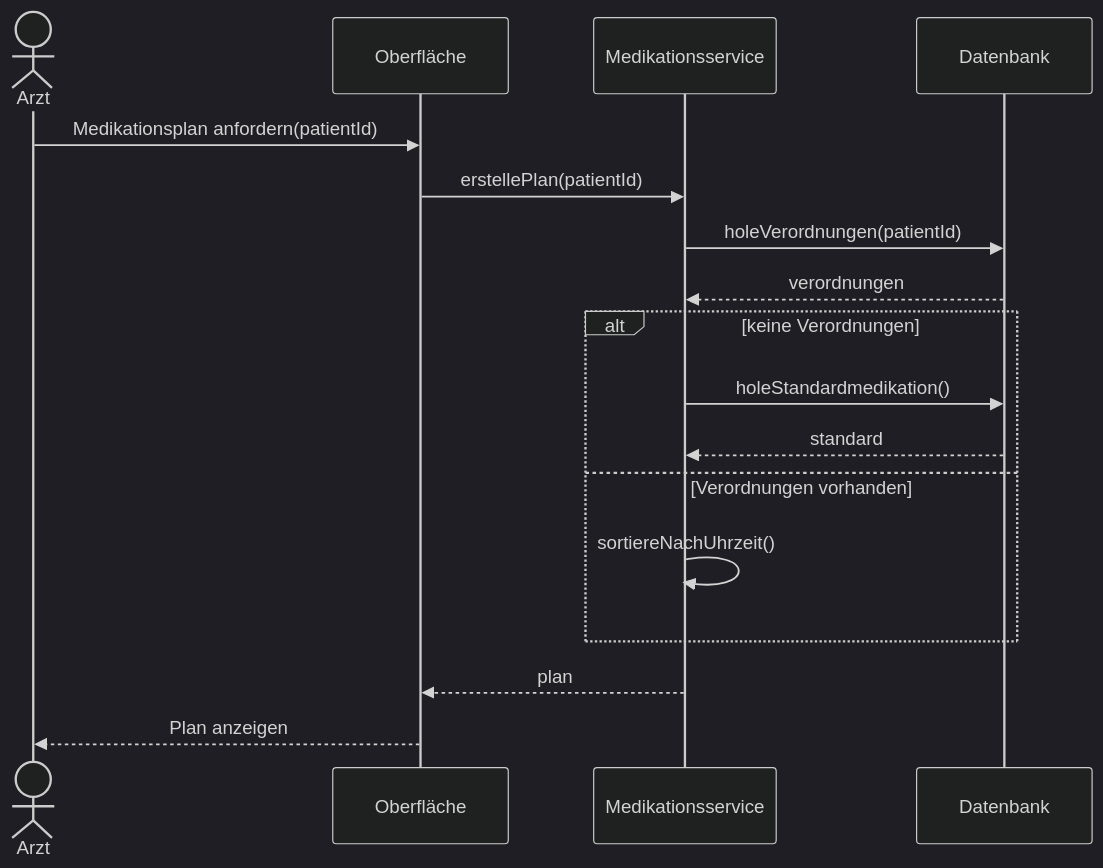
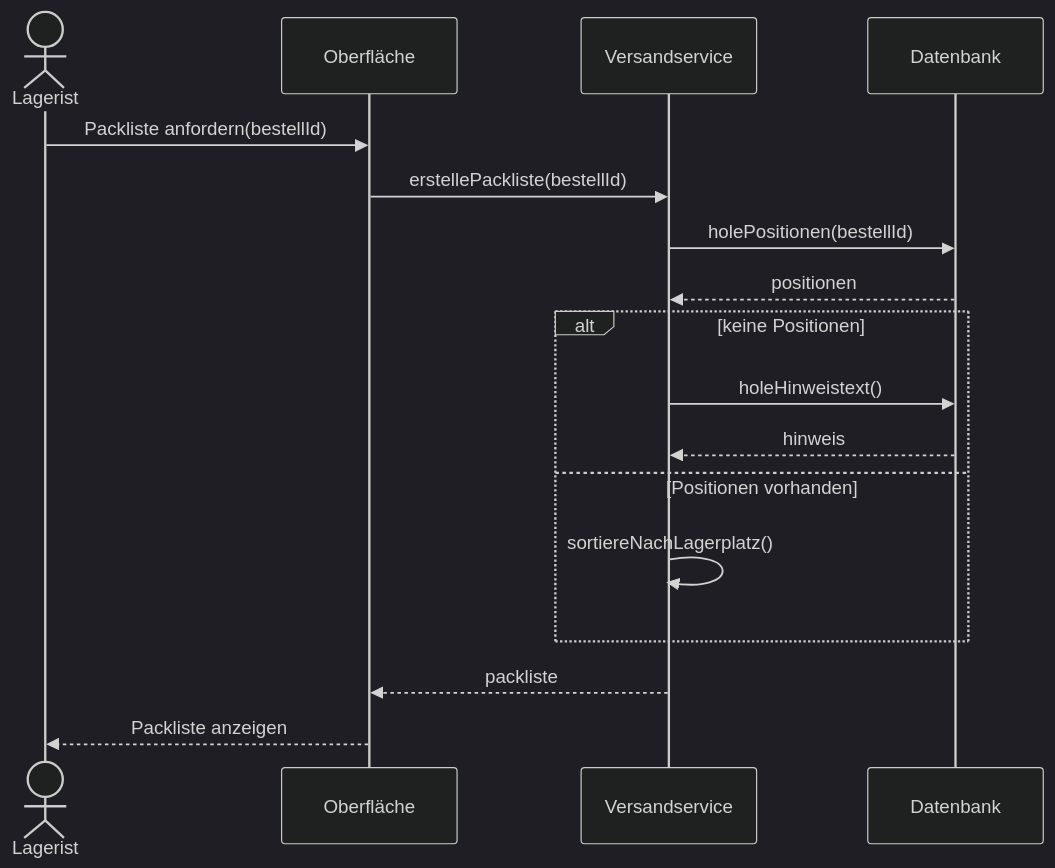
Before and after one commit to Woschj/Fisi_Fiae_Pruefungsvorbereitung: the second of 3 diagrams in AP2/FIAE/10 Lernmodule/1 Planen eines Softwareproduktes/FIAE-3 UML Aktivität, Sequenz und Zustand.md, drawn with Mermaid (dark theme). The commit also changed other lines of this file and 17 other files, not shown here.

````diff
--- a/AP2/FIAE/10 Lernmodule/1 Planen eines Softwareproduktes/FIAE-3 UML Aktivität, Sequenz und Zustand.md
+++ b/AP2/FIAE/10 Lernmodule/1 Planen eines Softwareproduktes/FIAE-3 UML Aktivität, Sequenz und Zustand.md
@@ -90,19 +90,19 @@
 ```mermaid
 sequenceDiagram
-  actor Arzt
+  actor Lagerist
   participant UI as Oberfläche
-  participant S as Medikationsservice
+  participant S as Versandservice
   participant DB as Datenbank
-  Arzt->>UI: Medikationsplan anfordern(patientId)
-  UI->>S: erstellePlan(patientId)
-  S->>DB: holeVerordnungen(patientId)
-  DB-->>S: verordnungen
-  alt keine Verordnungen
-    S->>DB: holeStandardmedikation()
-    DB-->>S: standard
-  else Verordnungen vorhanden
-    S->>S: sortiereNachUhrzeit()
+  Lagerist->>UI: Packliste anfordern(bestellId)
+  UI->>S: erstellePackliste(bestellId)
+  S->>DB: holePositionen(bestellId)
+  DB-->>S: positionen
+  alt keine Positionen
+    S->>DB: holeHinweistext()
+    DB-->>S: hinweis
+  else Positionen vorhanden
+    S->>S: sortiereNachLagerplatz()
   end
-  S-->>UI: plan
-  UI-->>Arzt: Plan anzeigen
+  S-->>UI: packliste
+  UI-->>Lagerist: Packliste anzeigen
 ```
````
